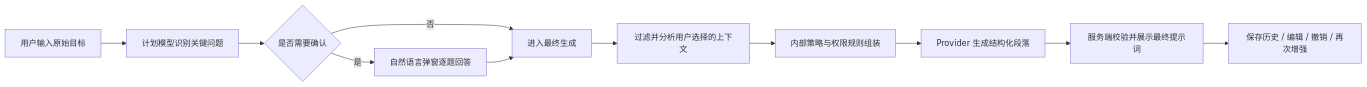
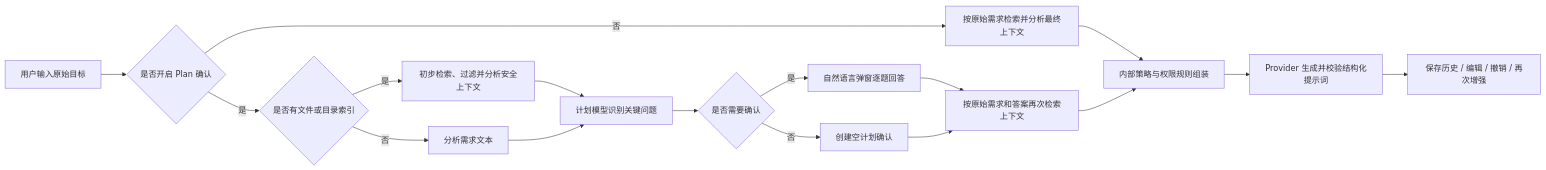
One commit to QingNiao0x/prompt-optimizer-platform changed the diagram in docs/01-产品与范围.md. Above: the diagram before and after it, drawn with Mermaid. The commit also changed other lines of this file and 16 other files, not shown here.

````diff
--- a/docs/01-产品与范围.md
+++ b/docs/01-产品与范围.md
@@ -46,13 +46,19 @@
 ```mermaid
 flowchart LR
-    A[用户输入原始目标] --> B[计划模型识别关键问题]
-    B --> C{是否需要确认}
-    C -->|是| D[自然语言弹窗逐题回答]
-    C -->|否| E[进入最终生成]
-    D --> E
-    E --> F[过滤并分析用户选择的上下文]
-    F --> G[内部策略与权限规则组装]
-    G --> H[Provider 生成结构化段落]
-    H --> I[服务端校验并展示最终提示词]
-    I --> J[保存历史 / 编辑 / 撤销 / 再次增强]
+    A[用户输入原始目标] --> B{是否开启 Plan 确认}
+    B -->|否| C[按原始需求检索并分析最终上下文]
+    B -->|是| D{是否有文件或目录索引}
+    D -->|是| E[初步检索、过滤并分析安全上下文]
+    D -->|否| F[分析需求文本]
+    E --> G[计划模型识别关键问题]
+    F --> G
+    G --> H{是否需要确认}
+    H -->|是| I[自然语言弹窗逐题回答]
+    H -->|否| J[创建空计划确认]
+    I --> K[按原始需求和答案再次检索上下文]
+    J --> K
+    C --> L[内部策略与权限规则组装]
+    K --> L
+    L --> M[Provider 生成并校验结构化提示词]
+    M --> N[保存历史 / 编辑 / 撤销 / 再次增强]
 ```
````
